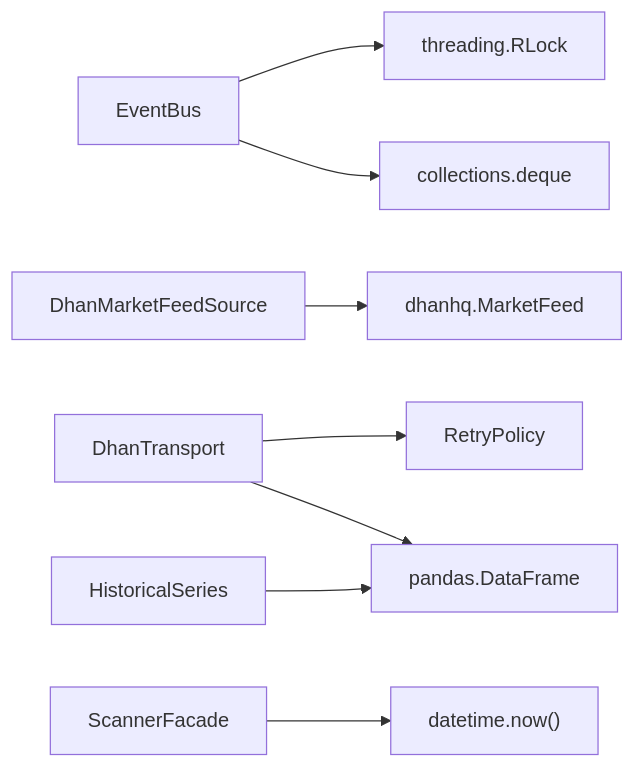
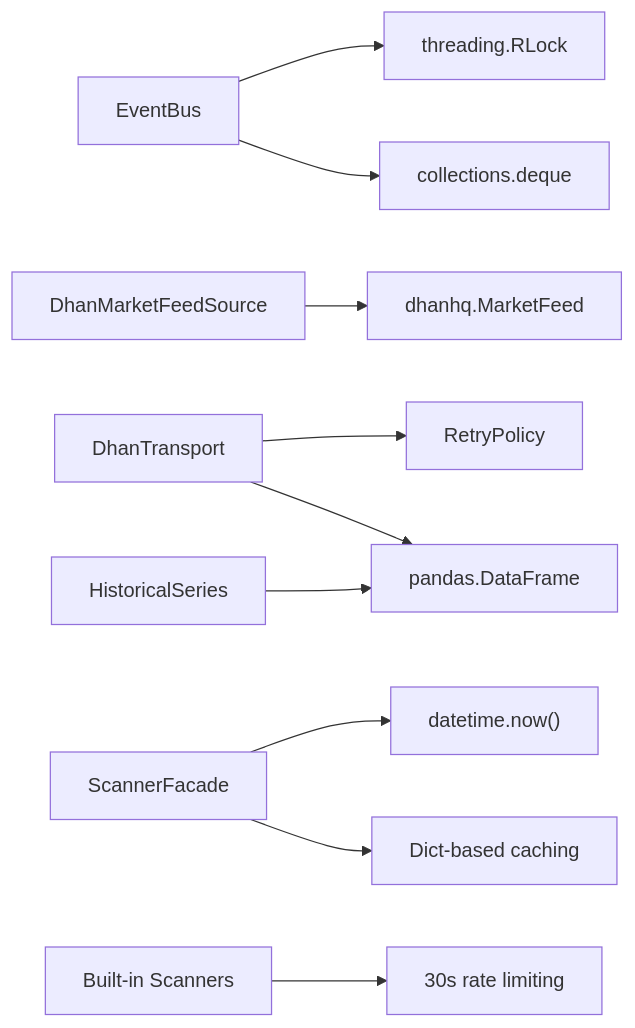
One commit to Ganesh-Kusundal/nTrade changed the eighth of 8 diagrams in .qoder/repowiki/en/content/Examples & Tutorials/Production Deployment Examples/Performance Optimization/Performance Optimization.md. Above: the diagram before and after it, drawn with Mermaid. The commit also changed other lines of this file and 203 other files, not shown here.

````diff
--- a/.qoder/repowiki/en/content/Examples & Tutorials/Production Deployment Examples/Performance Optimization/Performance Optimization.md
+++ b/.qoder/repowiki/en/content/Examples & Tutorials/Production Deployment Examples/Performance Optimization/Performance Optimization.md
@@ -297,10 +369,12 @@
 ```mermaid
 graph LR
 EB["EventBus"] --> Threading["threading.RLock"]
 EB --> Collections["collections.deque"]
 DF["DhanMarketFeedSource"] --> DhanHQ["dhanhq.MarketFeed"]
 DT["DhanTransport"] --> Retry["RetryPolicy"]
 DT --> Pandas["pandas.DataFrame"]
 HS["HistoricalSeries"] --> Pandas
 SC["ScannerFacade"] --> Datetime["datetime.now()"]
+SC --> Cache["Dict-based caching"]
+BS["Built-in Scanners"] --> Throttle["30s rate limiting"]
 ```
````
